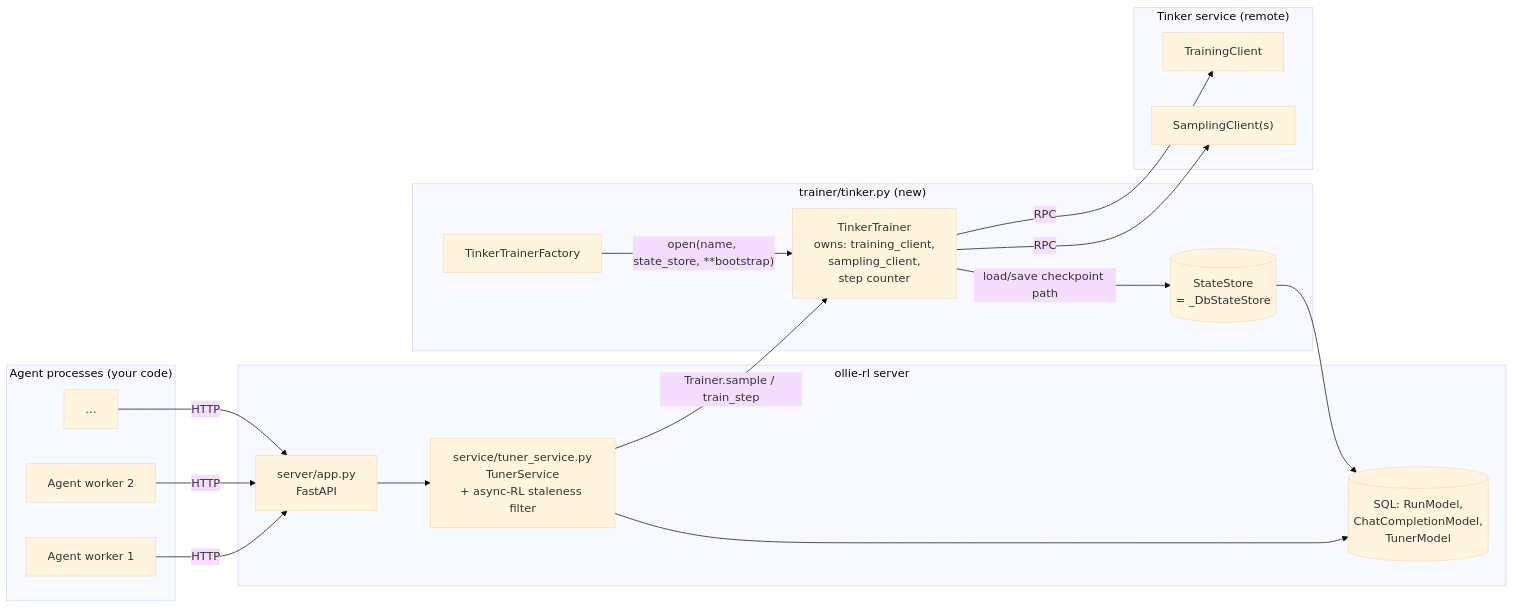
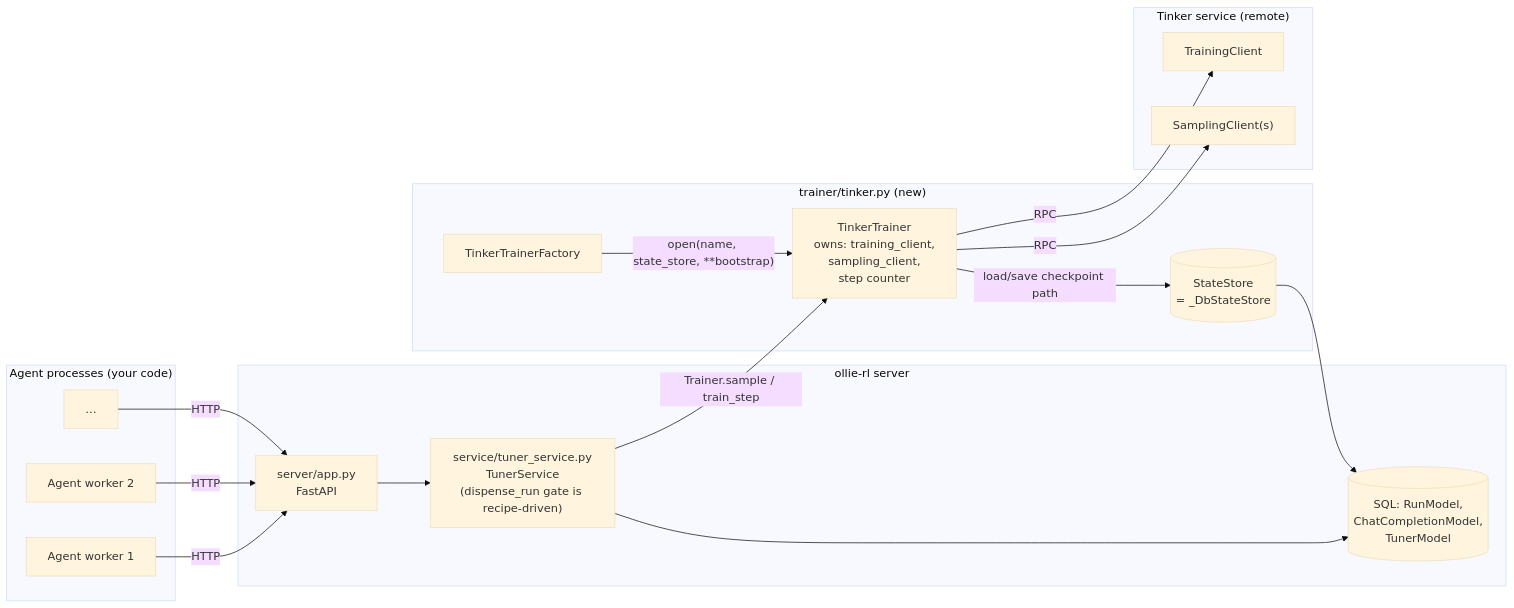
One commit to wsxiaoys/ollie-rl changed the second of 3 diagrams in .agents/skills/dev/references/tinker-trainer.md. Above: the diagram before and after it, drawn with Mermaid (base theme). The commit also changed other lines of this file and 1 other file, not shown here.

Commit message:
docs: update planning documents for Tinker Trainer integration and async RL support

````diff
--- a/.agents/skills/dev/references/tinker-trainer.md
+++ b/.agents/skills/dev/references/tinker-trainer.md
@@ -188,35 +212,35 @@
 ```mermaid
 flowchart LR
     subgraph Client["Agent processes (your code)"]
         A1[Agent worker 1]
         A2[Agent worker 2]
         AN[…]
     end
 
     subgraph Server["ollie-rl server"]
         APP["server/app.py<br/>FastAPI"]
-        TS["service/tuner_service.py<br/>TunerService<br/>+ async-RL staleness filter"]
+        TS["service/tuner_service.py<br/>TunerService<br/>(dispense_run gate is recipe-driven)"]
         DB[("SQL: RunModel,<br/>ChatCompletionModel,<br/>TunerModel")]
     end
 
     subgraph Trainer["trainer/tinker.py (new)"]
         TT["TinkerTrainer<br/>owns: training_client,<br/>sampling_client,<br/>step counter"]
         TF["TinkerTrainerFactory"]
         ST[("StateStore<br/>= _DbStateStore")]
     end
 
     subgraph Tinker["Tinker service (remote)"]
         TC["TrainingClient"]
         SC["SamplingClient(s)"]
     end
 
     A1 & A2 & AN -- HTTP --> APP
     APP --> TS
     TS --> DB
     TS -- "Trainer.sample / train_step" --> TT
     TT -- "RPC" --> TC
     TT -- "RPC" --> SC
     TF -- "open(name, state_store, **bootstrap)" --> TT
     TT -- "load/save checkpoint path" --> ST
     ST --> DB
 ```
````
